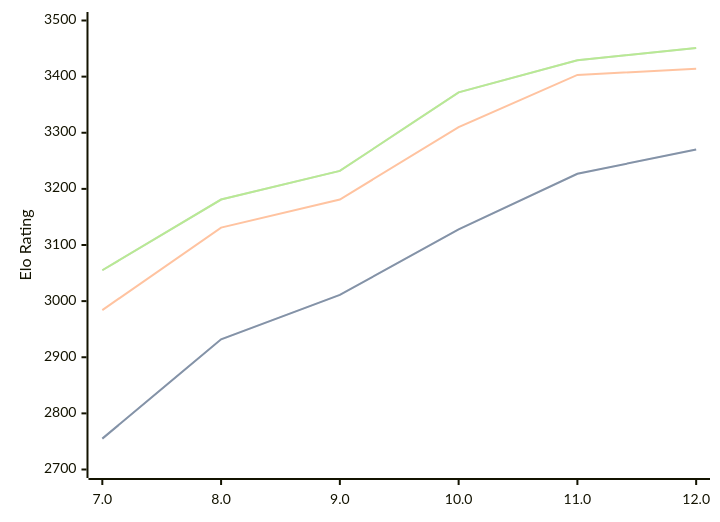
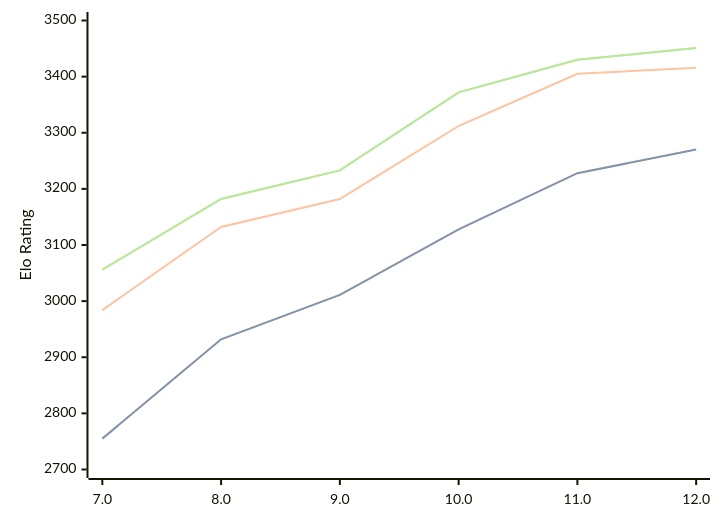
One commit to computer-chess-index/cci changed the diagram in engines/Tcheran.md. Above: the diagram before and after it, drawn with Mermaid. The commit also changed other lines of this file, not shown here.

Commit message:
Update CCI Ratings (ELO VLTC) - 2026-05-22

````diff
--- a/engines/Tcheran.md
+++ b/engines/Tcheran.md
@@ -50,11 +50,11 @@
 ```mermaid
 %%{init: {"theme":"base","themeVariables":{"seriesColors:['#a3a3a3','#222221','#faa371']}}}%%
 xychart-beta
   x-axis ["7.0", "8.0", "9.0", "10.0", "11.0", "12.0"]
   y-axis "Elo Rating" 2700 --> 3500
-  line "STC (8.0+0.08s)" [2755, 2932, 3011, 3128, 3227, 3270]
-  line "STC (8.0+0.08s)" [2755, 2932, 3011, 3128, 3227, 3270]
-  line "LTC (60.0+0.60s)" [2984, 3131, 3181, 3310, 3403, 3414]
-  line "VLTC (2m24s+1.12s)" [3055, 3181, 3232, 3372, 3429, 3451]
-  line "VLTC (2m24s+1.12s)" [3055, 3181, 3232, 3372, 3429, 3451]
+  line "STC (8.0+0.08s)" [2755, 2932, 3011, 3128, 3228, 3270]
+  line "STC (8.0+0.08s)" [2755, 2932, 3011, 3128, 3228, 3270]
+  line "LTC (60.0+0.60s)" [2984, 3132, 3182, 3312, 3405, 3416]
+  line "VLTC (2m24s+1.12s)" [3056, 3182, 3233, 3372, 3430, 3451]
+  line "VLTC (2m24s+1.12s)" [3056, 3182, 3233, 3372, 3430, 3451]
 ```
````
